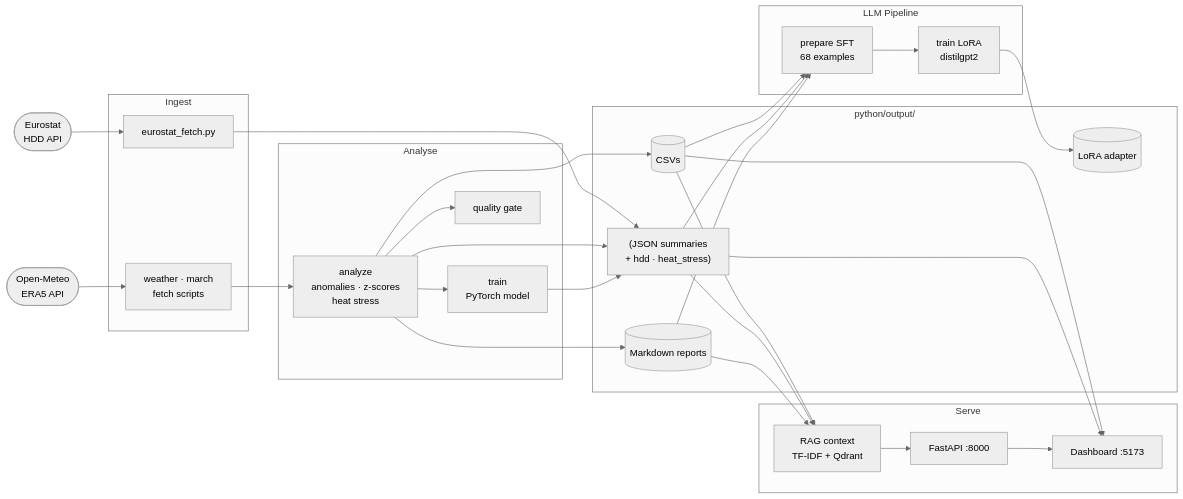
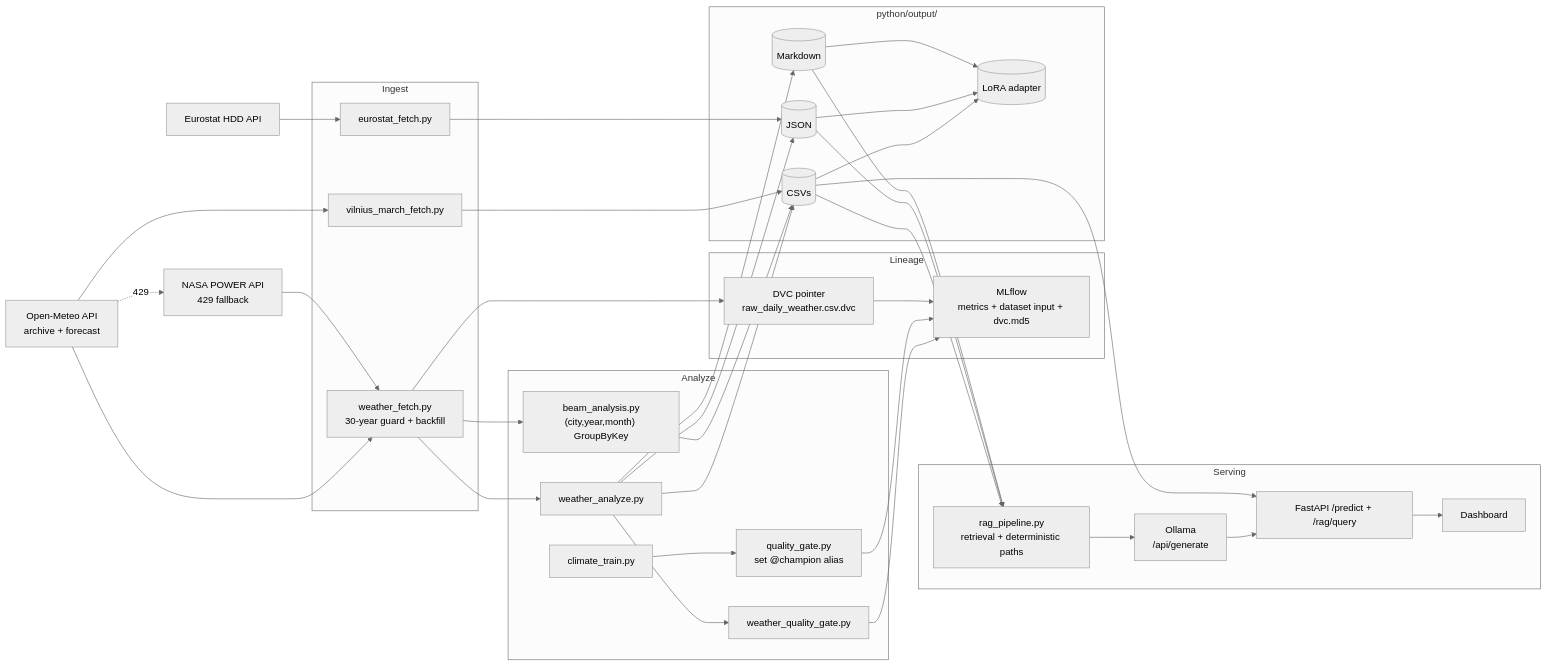
One commit to andrius-eng/ml changed the second of 2 diagrams in README.md. Above: the diagram before and after it, drawn with Mermaid (neutral theme). The commit also changed other lines of this file and 2 other files, not shown here.

Commit message:
docs: align Mermaid/dataflow and registry+Beam behavior with current implementation

````diff
--- a/README.md
+++ b/README.md
@@ -80,52 +80,55 @@
 ```mermaid
 flowchart LR
-    API(["Open-Meteo
-ERA5 API"])
-    EURO(["Eurostat
-HDD API"])
+  API["Open-Meteo API\narchive + forecast"]
+  NASA["NASA POWER API\n429 fallback"]
+  EURO["Eurostat HDD API"]
 
-    subgraph Ingest
-        FETCH["weather · march
-fetch scripts"]
-        EFETCH["eurostat_fetch.py"]
-    end
+  subgraph Ingest
+    FETCH["weather_fetch.py\n30-year guard + backfill"]
+    VFETCH["vilnius_march_fetch.py"]
+    EFETCH["eurostat_fetch.py"]
+  end
 
-    subgraph Analyse
-        AN["analyze
-anomalies · z-scores
-heat stress"]
-        TR["train
-PyTorch model"]
-        QG["quality gate"]
-    end
+  subgraph Analyze
+    WAN["weather_analyze.py"]
+    BAN["beam_analysis.py\n(city,year,month) GroupByKey"]
+    CTRAIN["climate_train.py"]
+    WQG["weather_quality_gate.py"]
+    CQG["quality_gate.py\nset @champion alias"]
+  end
 
-    subgraph Artifacts["python/output/"]
-        CSV[(CSVs)]
-        JSON2["(JSON summaries
-+ hdd · heat_stress)"]
-        MD[(Markdown reports)]
-        LORA[(LoRA adapter)]
-    end
+  subgraph Lineage
+    DVC["DVC pointer\nraw_daily_weather.csv.dvc"]
+    MLF["MLflow\nmetrics + dataset input + dvc.md5"]
+  end
 
-    subgraph LLM["LLM Pipeline"]
-        SFT["prepare SFT
-68 examples"]
-        FTRAIN["train LoRA
-distilgpt2"]
-    end
+  subgraph Artifacts["python/output/"]
+    CSV[(CSVs)]
+    JSON2[(JSON)]
+    MD[(Markdown)]
+    LORA[(LoRA adapter)]
+  end
 
-    subgraph Serve
-        RAG["RAG context
-TF-IDF + Qdrant"]
-        FAST["FastAPI :8000"]
-        UI["Dashboard :5173"]
-    end
+  subgraph Serving
+    RAG["rag_pipeline.py\nretrieval + deterministic paths"]
+    OLL["Ollama\n/api/generate"]
+    FAST["FastAPI /predict + /rag/query"]
+    UI["Dashboard"]
+  end
 
-    API --> FETCH --> AN --> TR & QG
-    EURO --> EFETCH --> JSON2
-    AN --> CSV & JSON2 & MD
-    TR --> JSON2
-    CSV & JSON2 & MD --> SFT --> FTRAIN --> LORA
-    CSV & JSON2 & MD --> RAG --> FAST --> UI
-    CSV & JSON2 --> UI
+  API --> FETCH
+  API --> VFETCH
+  API -.429.-> NASA --> FETCH
+  EURO --> EFETCH
+  FETCH --> WAN --> WQG --> MLF
+  FETCH --> BAN
+  VFETCH --> CSV
+  CTRAIN --> CQG --> MLF
+  FETCH --> DVC --> MLF
+  WAN --> CSV & JSON2 & MD
+  BAN --> CSV
+  EFETCH --> JSON2
+  CSV & JSON2 & MD --> RAG --> OLL --> FAST --> UI
+  CSV --> FAST
+  CSV & JSON2 & MD --> LORA
 ```
````
